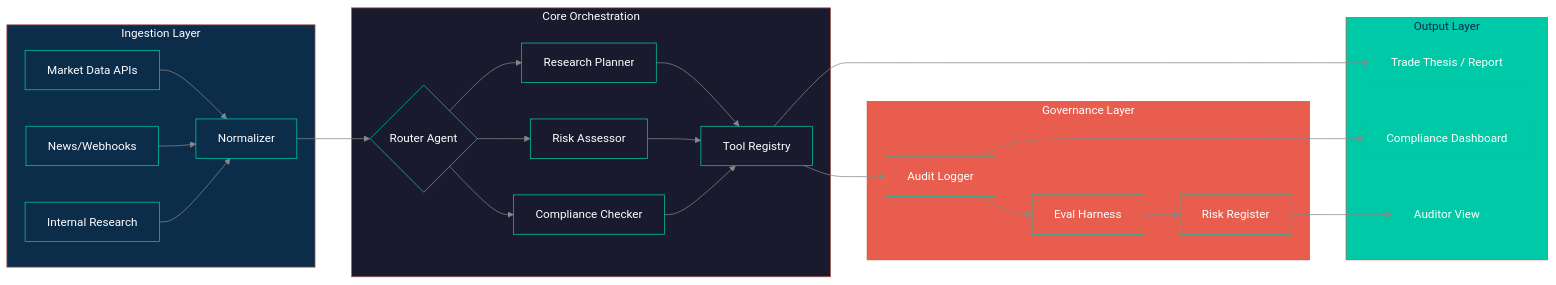
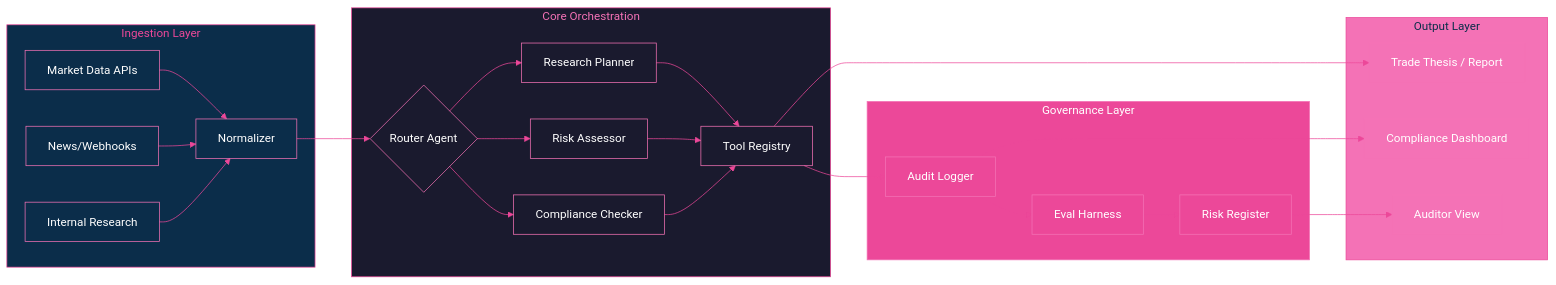
Before and after one commit to testaiprojects1-sketch/novaxis-showcase: the diagram in diagrams/system-overview.mermaid, drawn with Mermaid. The commit also changed 5 other files, not shown here.

Commit message:
feat: pink/tech aesthetic theme for diagrams and badges

```diff
--- a/diagrams/system-overview.mermaid
+++ b/diagrams/system-overview.mermaid
@@ -1,41 +1,41 @@
 %%{init: {'theme': 'base', 'themeVariables': {
-  'primaryColor': '#0B2D4A',
+  'primaryColor': '#EC4899',
   'primaryTextColor': '#fff',
-  'primaryBorderColor': '#00C9A7',
-  'lineColor': '#888',
-  'secondaryColor': '#1A1A2E',
-  'tertiaryColor': '#E85D4D',
+  'primaryBorderColor': '#F472B6',
+  'lineColor': '#EC4899',
+  'secondaryColor': '#0B2D4A',
+  'tertiaryColor': '#1A1A2E',
   'background': 'transparent',
   'mainBkg': 'transparent',
   'secondBkg': 'transparent',
   'tertiaryBkg': 'transparent'
 }}}%%
 flowchart LR
     subgraph Ingestion[Ingestion Layer]
         A[Market Data APIs] --> B[Normalizer]
         C[News/Webhooks] --> B
         D[Internal Research] --> B
     end
     subgraph Core[Core Orchestration]
         B --> E{Router Agent}
         E --> F[Research Planner]
         E --> G[Risk Assessor]
         E --> H[Compliance Checker]
         F --> I[Tool Registry]
         G --> I
         H --> I
     end
     subgraph Governance[Governance Layer]
         I --> J[Audit Logger]
         J --> K[Eval Harness]
         K --> L[Risk Register]
     end
     subgraph Output[Output Layer]
         I --> M[Trade Thesis / Report]
         J --> N[Compliance Dashboard]
         L --> O[Auditor View]
     end
-    style Ingestion fill:#0B2D4A,color:#fff
-    style Core fill:#1A1A2E,color:#fff
-    style Governance fill:#E85D4D,color:#fff
-    style Output fill:#00C9A7,color:#0B2D4A
+    style Ingestion fill:#0B2D4A,color:#EC4899,stroke:#EC4899
+    style Core fill:#1A1A2E,color:#F472B6,stroke:#EC4899
+    style Governance fill:#EC4899,color:#fff,stroke:#F472B6
+    style Output fill:#F472B6,color:#0B2D4A,stroke:#EC4899
```
